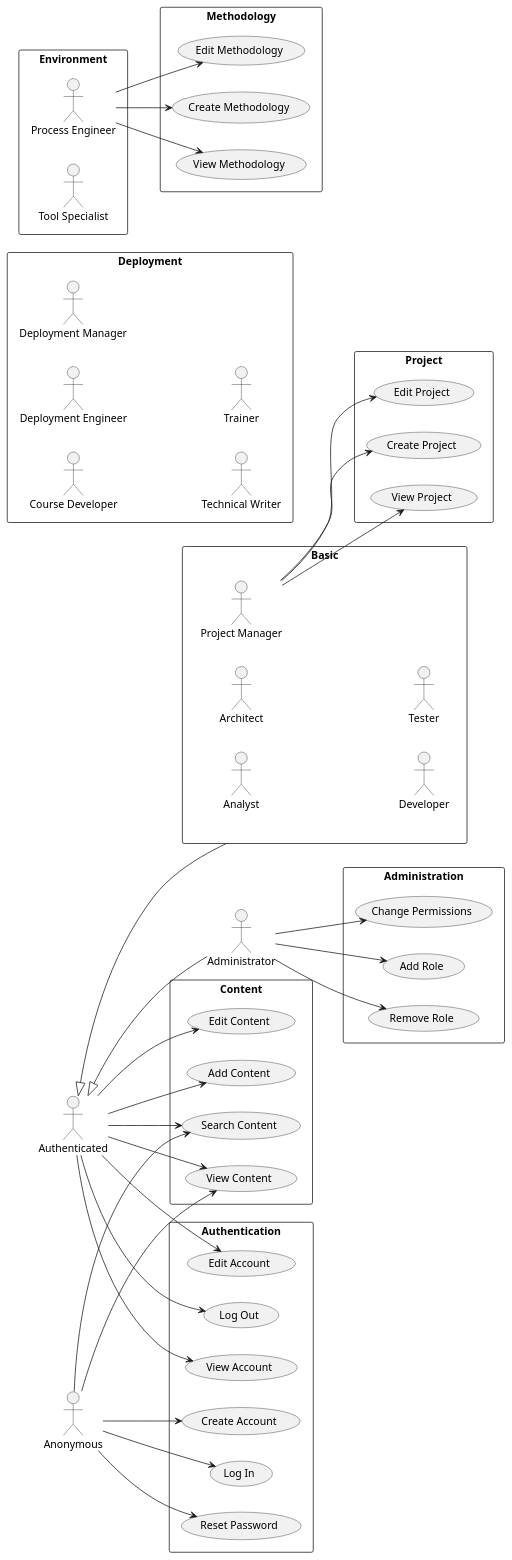
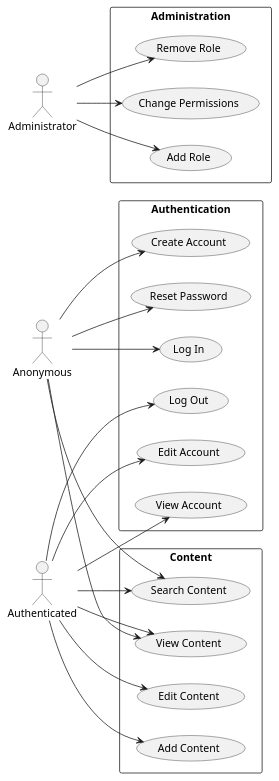
The diagram in Proiektua/Sistemaren Espezifikazioa/Erabilpen Kasuen Ereduak/UCM_IO-System.puml (juletx/ProMeta), drawn with PlantUML before and after one commit. The commit also changed 9 other files, not shown here.

```diff
--- a/Proiektua/Sistemaren Espezifikazioa/Erabilpen Kasuen Ereduak/UCM_IO-System.puml
+++ b/Proiektua/Sistemaren Espezifikazioa/Erabilpen Kasuen Ereduak/UCM_IO-System.puml
@@ -1,91 +1,47 @@
 @startuml UCM_IO-System
 left to right direction
 
 actor Anonymous
 actor Authenticated
 actor Administrator
-
-rectangle Basic {
-    actor Analyst
-    actor Architect
-    actor Developer
-    actor "Project Manager" as ProjectManager
-    actor Tester
-}
-
-rectangle Deployment {
-    actor "Course Developer" as CourseDeveloper
-    actor "Deployment Engineer" as DeploymentEngineer
-    actor "Deployment Manager" as DeploymentManager
-    actor "Technical Writer" as TechnicalWriter
-    actor Trainer
-}
-
-rectangle Environment {
-    actor "Process Engineer" as ProcessEngineer
-    actor "Tool Specialist" as ToolSpecialist
-}
 
 rectangle Administration {
     usecase "Add Role" as AddRole
     usecase "Remove Role" as RemoveRole
     usecase "Change Permissions" as ChangePermissions
 }
 
 rectangle Authentication {
     usecase "Log In" as LogIn
     usecase "Log Out" as LogOut
     usecase "Create Account" as CreateAccount
     usecase "View Account" as ViewAccount
     usecase "Edit Account" as EditAccount
     usecase "Reset Password" as ResetPassword
-}
-
-rectangle Methodology {
-    usecase "Create Methodology" as CreateMethodology
-    usecase "View Methodology" as ViewMethodology
-    usecase "Edit Methodology" as EditMethodology
-}
-
-rectangle Project {
-    usecase "Create Project" as CreateProject
-    usecase "View Project" as ViewProject
-    usecase "Edit Project" as EditProject
 }
 
 rectangle Content {
     usecase "Search Content" as SearchContent
     usecase "View Content" as ViewContent
     usecase "Edit Content" as EditContent
     usecase "Add Content" as AddContent
 }
 
 Anonymous --> LogIn
 Anonymous --> CreateAccount
 Anonymous --> ResetPassword
 Anonymous --> SearchContent
 Anonymous --> ViewContent
 
 Authenticated --> LogOut
 Authenticated --> ViewAccount
 Authenticated --> EditAccount
 Authenticated --> SearchContent
 Authenticated --> ViewContent
 Authenticated --> EditContent
 Authenticated --> AddContent
 
-Authenticated <|-- Basic
-Authenticated <|-- Administrator
-
 Administrator --> AddRole
 Administrator --> RemoveRole
 Administrator --> ChangePermissions
-
-ProcessEngineer --> CreateMethodology
-ProcessEngineer --> ViewMethodology
-ProcessEngineer --> EditMethodology
-
-ProjectManager --> CreateProject
-ProjectManager --> ViewProject
-ProjectManager --> EditProject
 @enduml
```
